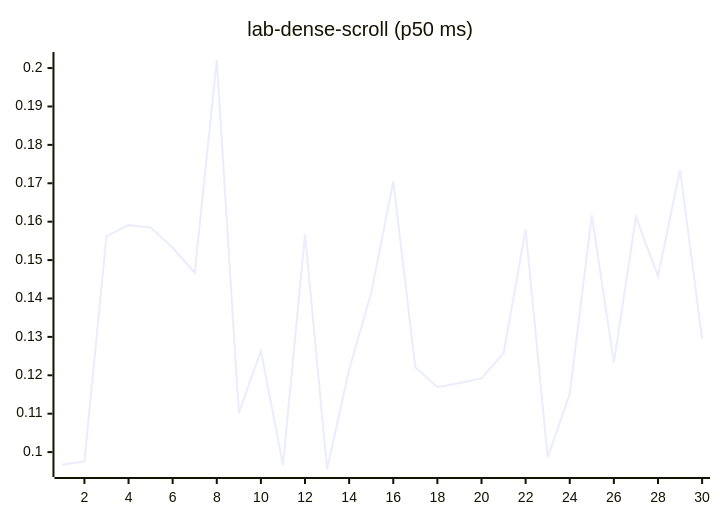
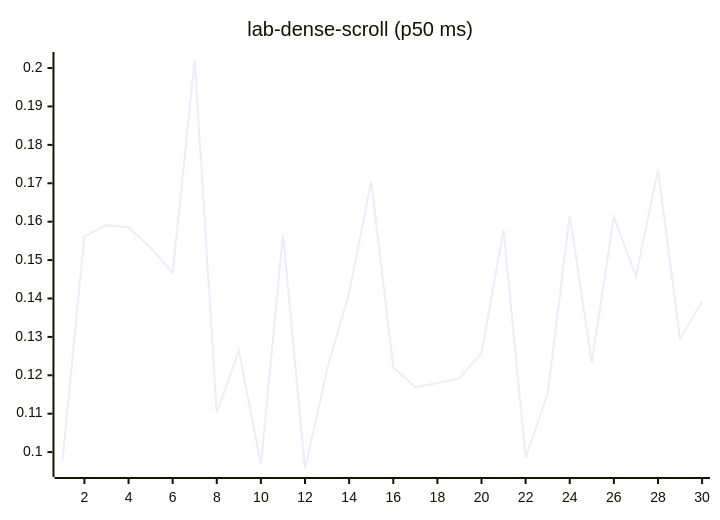
Diagram 12 of 27 in README.md (josha/Facet), drawn with Mermaid before and after one commit. The commit also changed other lines of this file and 2 other files, not shown here.

````diff
--- a/README.md
+++ b/README.md
@@ -140,6 +140,6 @@
 ```mermaid
 xychart-beta
     title "lab-dense-scroll (p50 ms)"
     x-axis 1 --> 30
-    line [0.0967, 0.0976, 0.1562, 0.1591, 0.1585, 0.1532, 0.1467, 0.2021, 0.1102, 0.1264, 0.0967, 0.1567, 0.0956, 0.1215, 0.1414, 0.1705, 0.1221, 0.1169, 0.1180, 0.1192, 0.1258, 0.1579, 0.0986, 0.1152, 0.1617, 0.1233, 0.1612, 0.1458, 0.1735, 0.1295]
+    line [0.0976, 0.1562, 0.1591, 0.1585, 0.1532, 0.1467, 0.2021, 0.1102, 0.1264, 0.0967, 0.1567, 0.0956, 0.1215, 0.1414, 0.1705, 0.1221, 0.1169, 0.1180, 0.1192, 0.1258, 0.1579, 0.0986, 0.1152, 0.1617, 0.1233, 0.1612, 0.1458, 0.1735, 0.1295, 0.1392]
 ```
````
